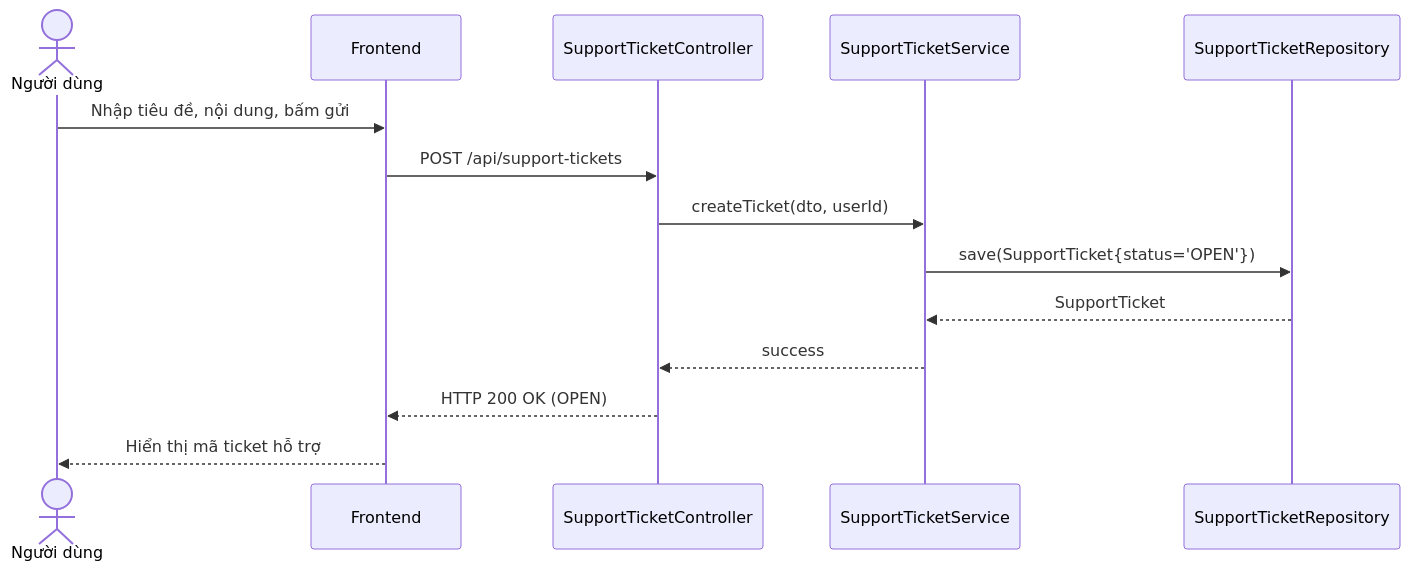
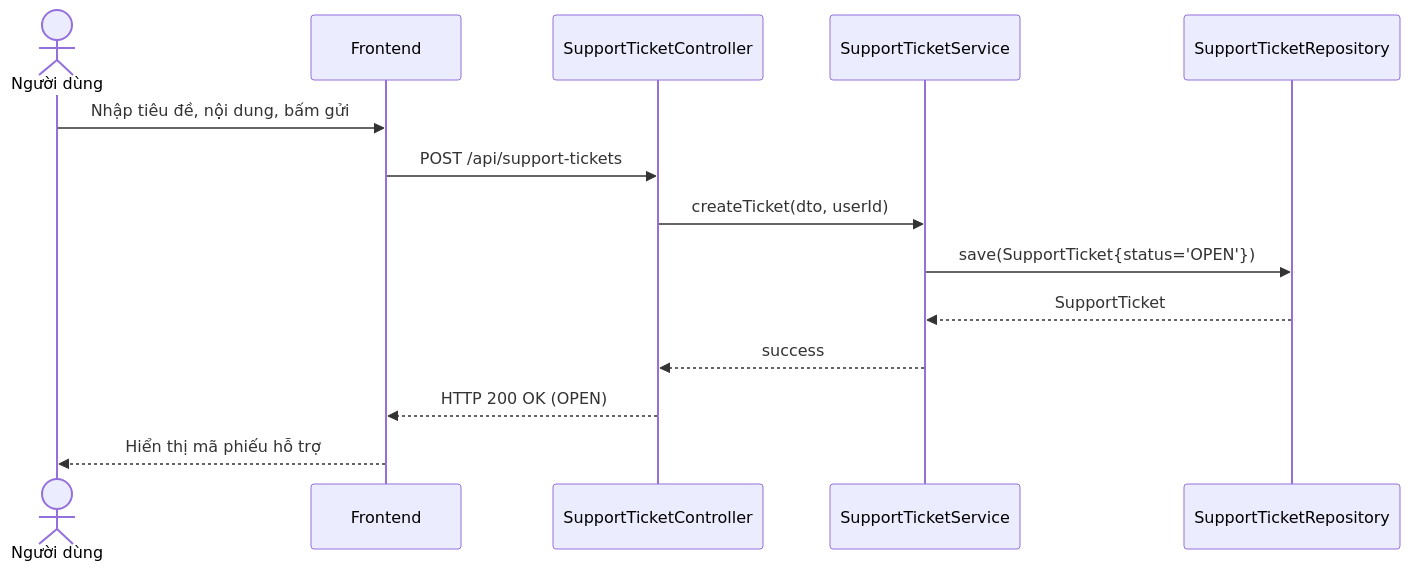
Before and after one commit to Vietanh1712/mmo-system: the diagram in MMO_Market/MMO_Market (3)/MMO_Market/.sdd/specs/backend/feat-support/UC-17-support-tickets.md, drawn with Mermaid. The commit also changed other lines of this file and 19 other files, not shown here.

Commit message:
Đổi tên Ticket hỗ trợ thành Phiếu Hỗ trợ

````diff
--- a/MMO_Market/MMO_Market (3)/MMO_Market/.sdd/specs/backend/feat-support/UC-17-support-tickets.md
+++ b/MMO_Market/MMO_Market (3)/MMO_Market/.sdd/specs/backend/feat-support/UC-17-support-tickets.md
@@ -95,17 +95,17 @@
 ```mermaid
 sequenceDiagram
     actor U as Người dùng
     participant FE as Frontend
     participant SC as SupportTicketController
     participant SS as SupportTicketService
     participant STR as SupportTicketRepository
 
     U->>FE: Nhập tiêu đề, nội dung, bấm gửi
     FE->>SC: POST /api/support-tickets
     SC->>SS: createTicket(dto, userId)
     SS->>STR: save(SupportTicket{status='OPEN'})
     STR-->>SS: SupportTicket
     SS-->>SC: success
     SC-->>FE: HTTP 200 OK (OPEN)
-    FE-->>U: Hiển thị mã ticket hỗ trợ
+    FE-->>U: Hiển thị mã phiếu hỗ trợ
 ```
````
